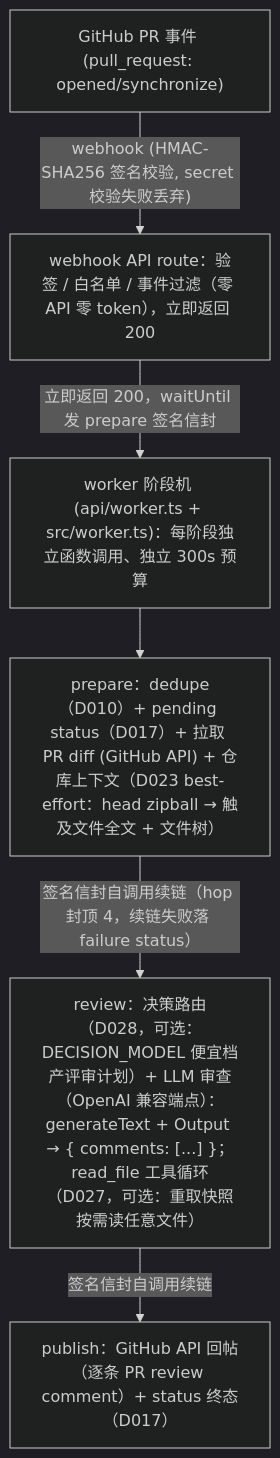
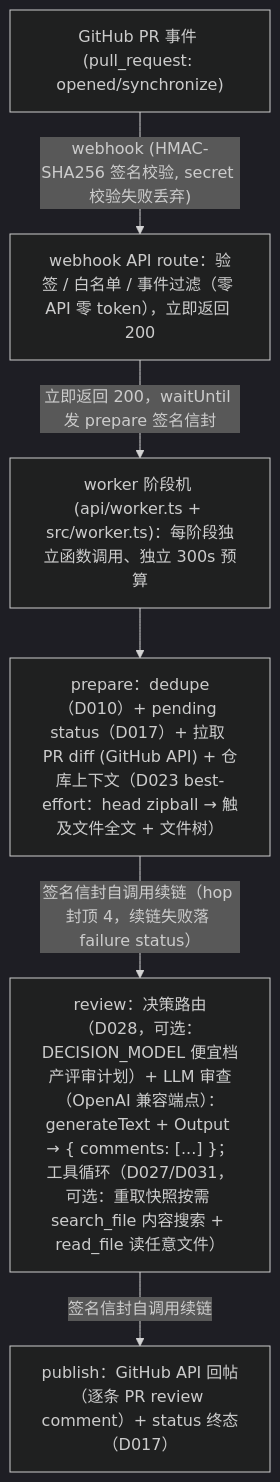
Before and after one commit to blingblingredstar/pr-review-agent: the diagram in docs/architecture.md, drawn with Mermaid (dark theme). The commit also changed other lines of this file and 27 other files, not shown here.

````diff
--- a/docs/architecture.md
+++ b/docs/architecture.md
@@ -7,8 +7,8 @@
 ```mermaid
 flowchart TD
     A["GitHub PR 事件 (pull_request: opened/synchronize)"] -->|"webhook (HMAC-SHA256 签名校验, secret 校验失败丢弃)"| B["webhook API route：验签 / 白名单 / 事件过滤（零 API 零 token），立即返回 200"]
     B -->|"立即返回 200，waitUntil 发 prepare 签名信封"| W["worker 阶段机 (api/worker.ts + src/worker.ts)：每阶段独立函数调用、独立 300s 预算"]
     W --> P["prepare：dedupe（D010）+ pending status（D017）+ 拉取 PR diff (GitHub API) + 仓库上下文（D023 best-effort：head zipball → 触及文件全文 + 文件树）"]
-    P -->|"签名信封自调用续链（hop 封顶 4，续链失败落 failure status）"| R["review：决策路由（D028，可选：DECISION_MODEL 便宜档产评审计划）+ LLM 审查（OpenAI 兼容端点）：generateText + Output → { comments: [...] }；read_file 工具循环（D027，可选：重取快照按需读任意文件）"]
+    P -->|"签名信封自调用续链（hop 封顶 4，续链失败落 failure status）"| R["review：决策路由（D028，可选：DECISION_MODEL 便宜档产评审计划）+ LLM 审查（OpenAI 兼容端点）：generateText + Output → { comments: [...] }；工具循环（D027/D031，可选：重取快照按需 search_file 内容搜索 + read_file 读任意文件）"]
     R -->|"签名信封自调用续链"| PB["publish：GitHub API 回帖（逐条 PR review comment）+ status 终态（D017）"]
 ```
````
